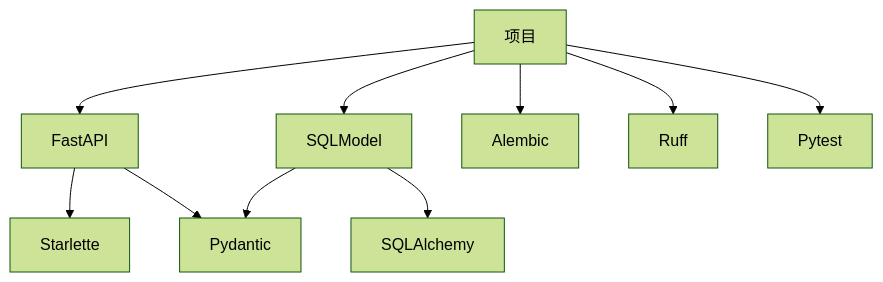
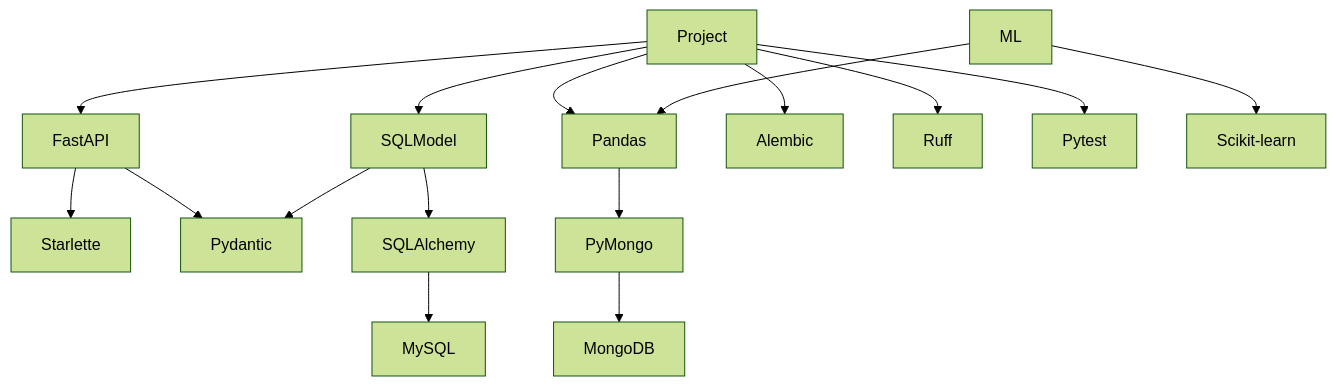
One commit to MingLi19/data changed the diagram in README.md. Above: the diagram before and after it, drawn with Mermaid (forest theme). The commit also changed 4 other files, not shown here.

````diff
--- a/README.md
+++ b/README.md
@@ -21,6 +21,10 @@
 ```mermaid
 graph TD;
-    项目 --> FastAPI & SQLModel & Alembic & Ruff & Pytest;
+    Project --> FastAPI & SQLModel & Pandas & Alembic & Ruff & Pytest;
     FastAPI --> Starlette & Pydantic;
     SQLModel --> SQLAlchemy & Pydantic;
+    SQLAlchemy --> MySQL;
+    Pandas --> PyMongo;
+    PyMongo --> MongoDB;
+    ML --> Scikit-learn & Pandas;
 ```
````
